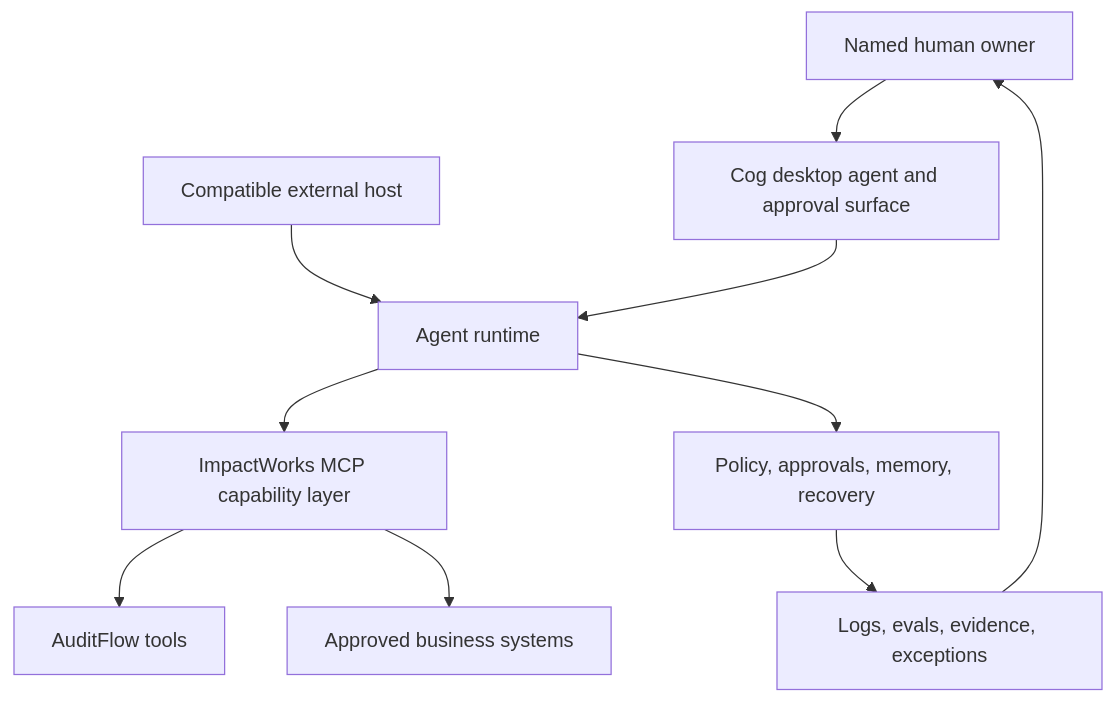
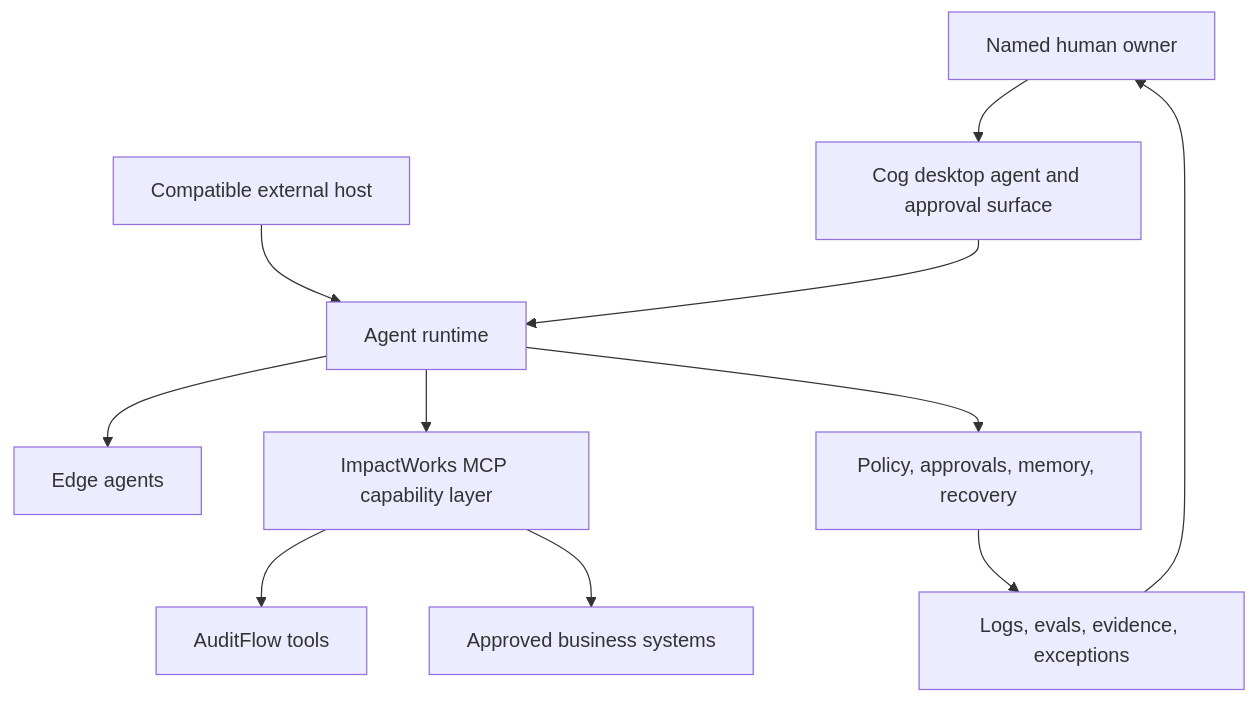
One commit to impactworks-dev/impactworks-ai-workforce-mcp changed the diagram in README.md. Above: the diagram before and after it, drawn with Mermaid. The commit also changed other lines of this file and 3 other files, not shown here.

Commit message:
Add Cog Workforce Harness roadmap

````diff
--- a/README.md
+++ b/README.md
@@ -29,12 +29,13 @@
 ```mermaid
 flowchart TD
     Human["Named human owner"] --> Cog["Cog desktop agent and approval surface"]
     Host["Compatible external host"] --> Runtime["Agent runtime"]
     Cog --> Runtime
+    Runtime --> Edge["Edge agents"]
     Runtime --> Gateway["ImpactWorks MCP capability layer"]
     Gateway --> AuditFlow["AuditFlow tools"]
     Gateway --> Systems["Approved business systems"]
     Runtime --> Control["Policy, approvals, memory, recovery"]
     Control --> Evidence["Logs, evals, evidence, exceptions"]
     Evidence --> Human
 ```
````
